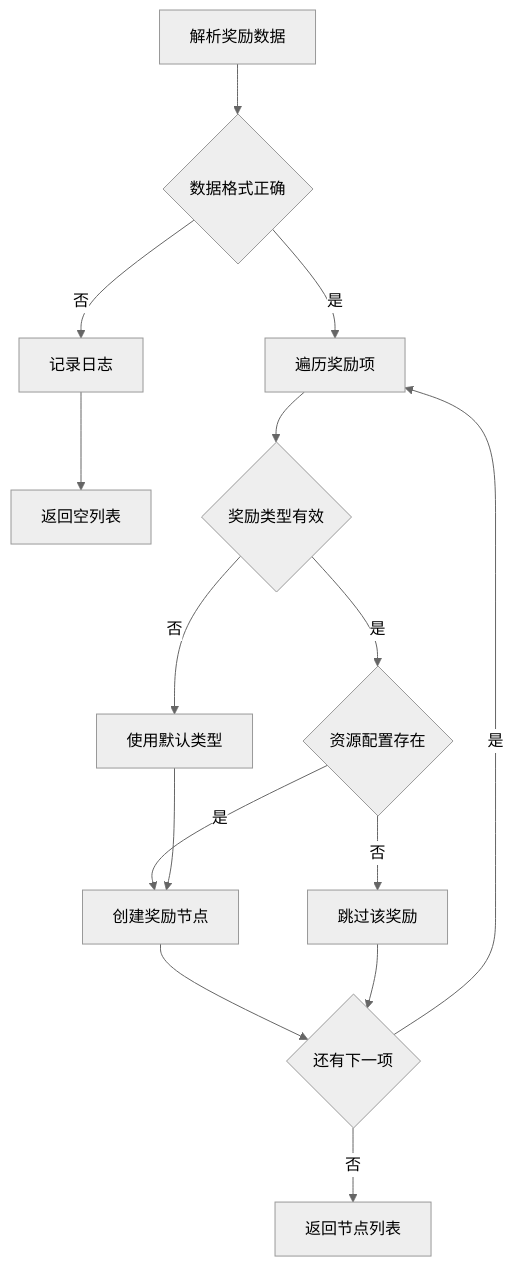
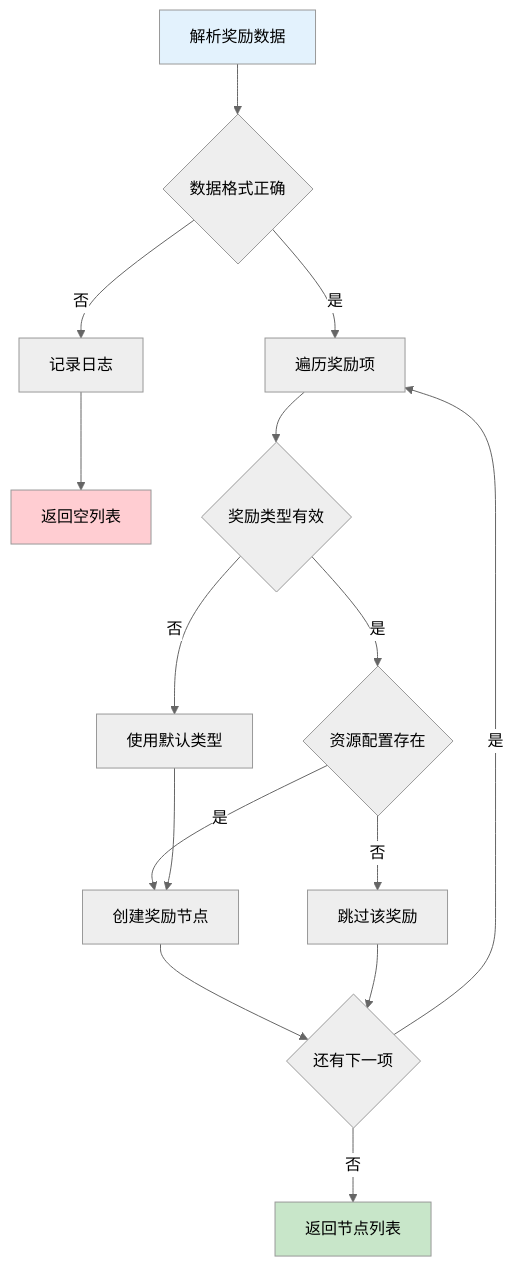
One commit to Alan-Ben/k2c_game_framework changed the fourth of 5 diagrams in docs/Module_Bonus/06_实现细节.md. Above: the diagram before and after it, drawn with Mermaid (neutral theme). The commit also changed other lines of this file and 5 other files, not shown here.

````diff
--- a/docs/Module_Bonus/06_实现细节.md
+++ b/docs/Module_Bonus/06_实现细节.md
@@ -175,17 +259,21 @@
 ```mermaid
 flowchart TD
     A[解析奖励数据] --> B{数据格式正确}
     B -->|否| C[记录日志]
     C --> D[返回空列表]
     B -->|是| E[遍历奖励项]
     E --> F{奖励类型有效}
     F -->|否| G[使用默认类型]
     F -->|是| H{资源配置存在}
     H -->|否| I[跳过该奖励]
     H -->|是| J[创建奖励节点]
     G --> J
     J --> K{还有下一项}
     I --> K
     K -->|是| E
     K -->|否| L[返回节点列表]
+
+    style A fill:#e3f2fd
+    style L fill:#c8e6c9
+    style D fill:#ffcdd2
 ```
````
